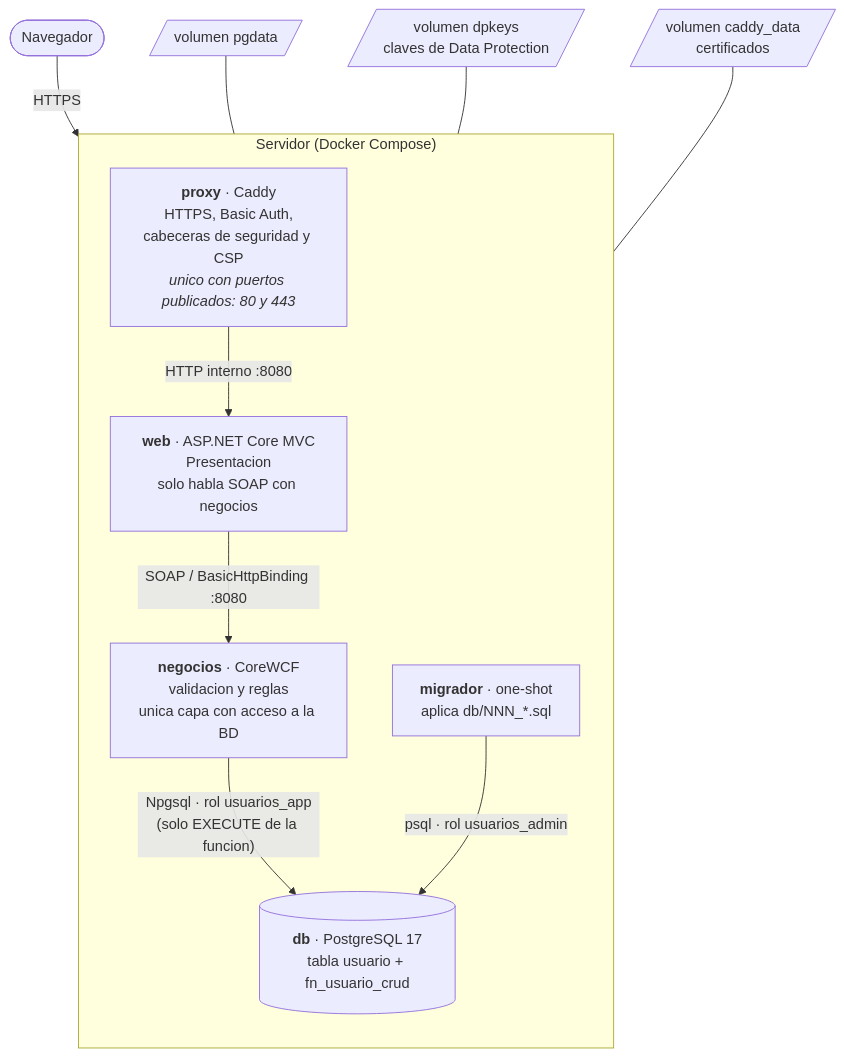
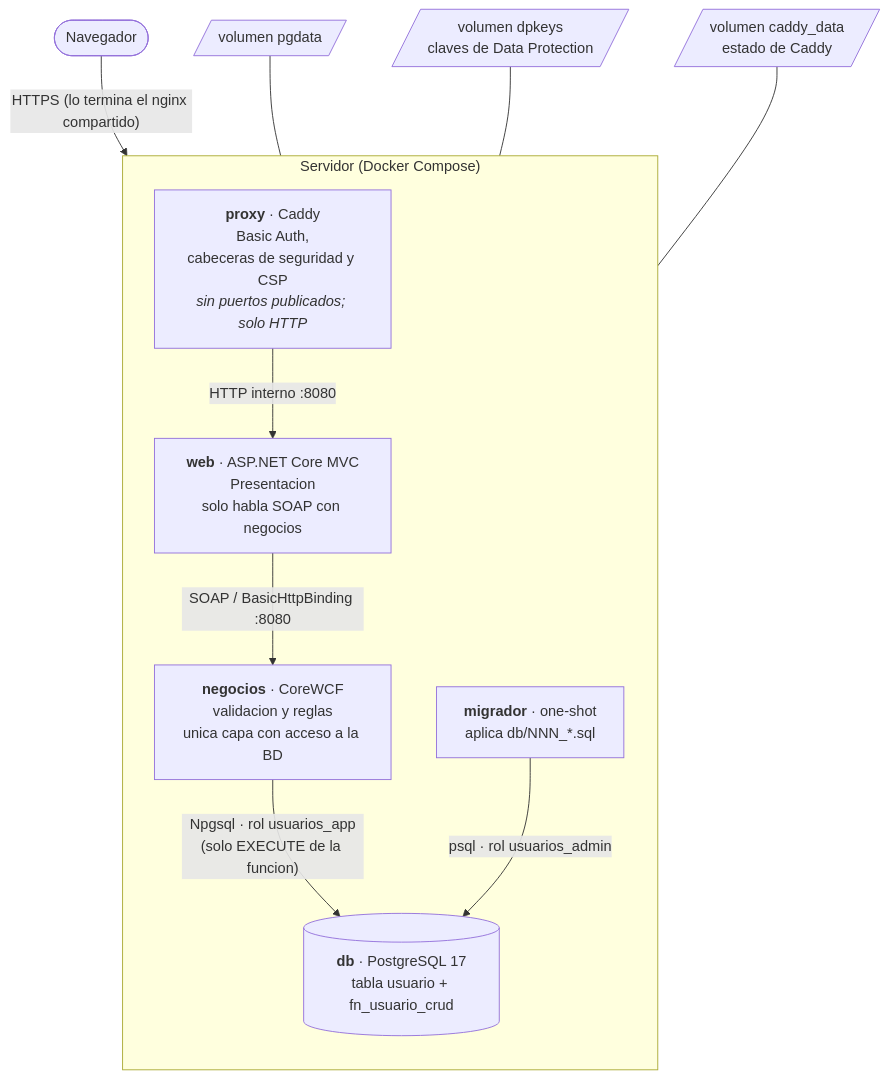
The second of 7 diagrams in docs/arquitectura.md (maomauro/GrupoDigitalBank-CRUD), drawn with Mermaid before and after one commit. The commit also changed other lines of this file and 27 other files, not shown here.

````diff
--- a/docs/arquitectura.md
+++ b/docs/arquitectura.md
@@ -35,23 +35,23 @@
 ```mermaid
 flowchart TB
     navegador(["Navegador"])
 
     subgraph servidor["Servidor (Docker Compose)"]
         direction TB
-        proxy["<b>proxy</b> · Caddy<br/>HTTPS, Basic Auth,<br/>cabeceras de seguridad y CSP<br/><i>unico con puertos publicados: 80 y 443</i>"]
+        proxy["<b>proxy</b> · Caddy<br/>Basic Auth,<br/>cabeceras de seguridad y CSP<br/><i>sin puertos publicados; solo HTTP</i>"]
         web["<b>web</b> · ASP.NET Core MVC<br/>Presentacion<br/>solo habla SOAP con negocios"]
         negocios["<b>negocios</b> · CoreWCF<br/>validacion y reglas<br/>unica capa con acceso a la BD"]
         db[("<b>db</b> · PostgreSQL 17<br/>tabla usuario + fn_usuario_crud")]
         migrador["<b>migrador</b> · one-shot<br/>aplica db/NNN_*.sql"]
     end
 
-    navegador -->|"HTTPS"| proxy
+    navegador -->|"HTTPS (lo termina el nginx compartido)"| proxy
     proxy -->|"HTTP interno :8080"| web
     web -->|"SOAP / BasicHttpBinding :8080"| negocios
     negocios -->|"Npgsql · rol usuarios_app<br/>(solo EXECUTE de la funcion)"| db
     migrador -->|"psql · rol usuarios_admin"| db
 
     pgdata[/"volumen pgdata"/] --- db
     dpkeys[/"volumen dpkeys<br/>claves de Data Protection"/] --- web
-    caddydata[/"volumen caddy_data<br/>certificados"/] --- proxy
+    caddydata[/"volumen caddy_data<br/>estado de Caddy"/] --- proxy
 ```
````
